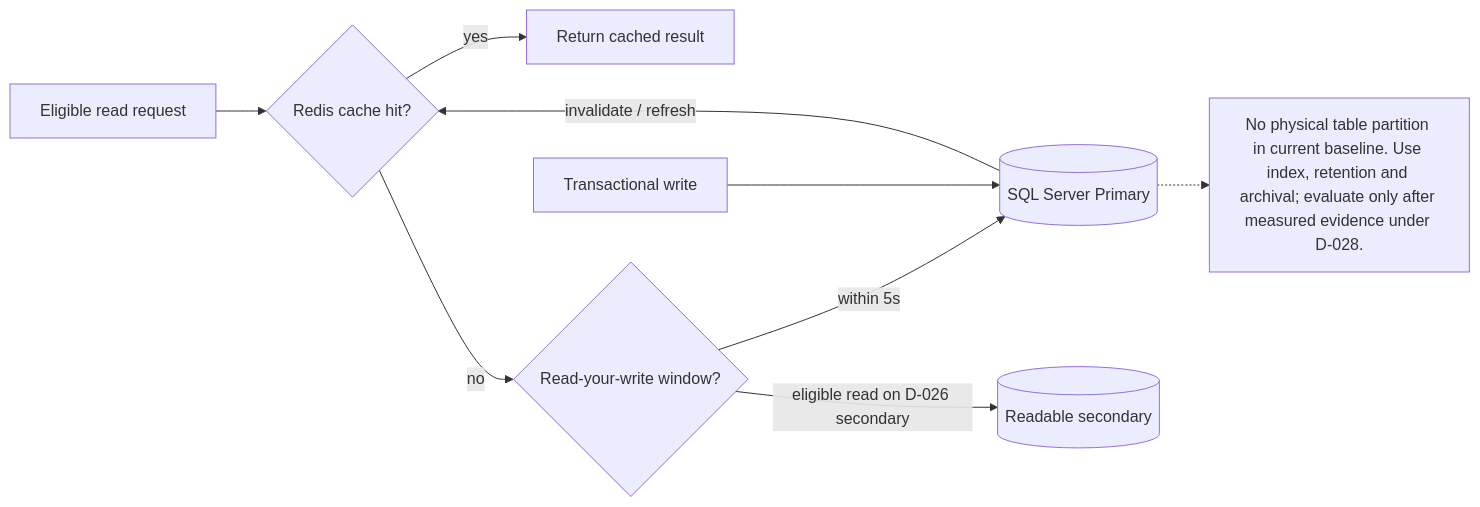
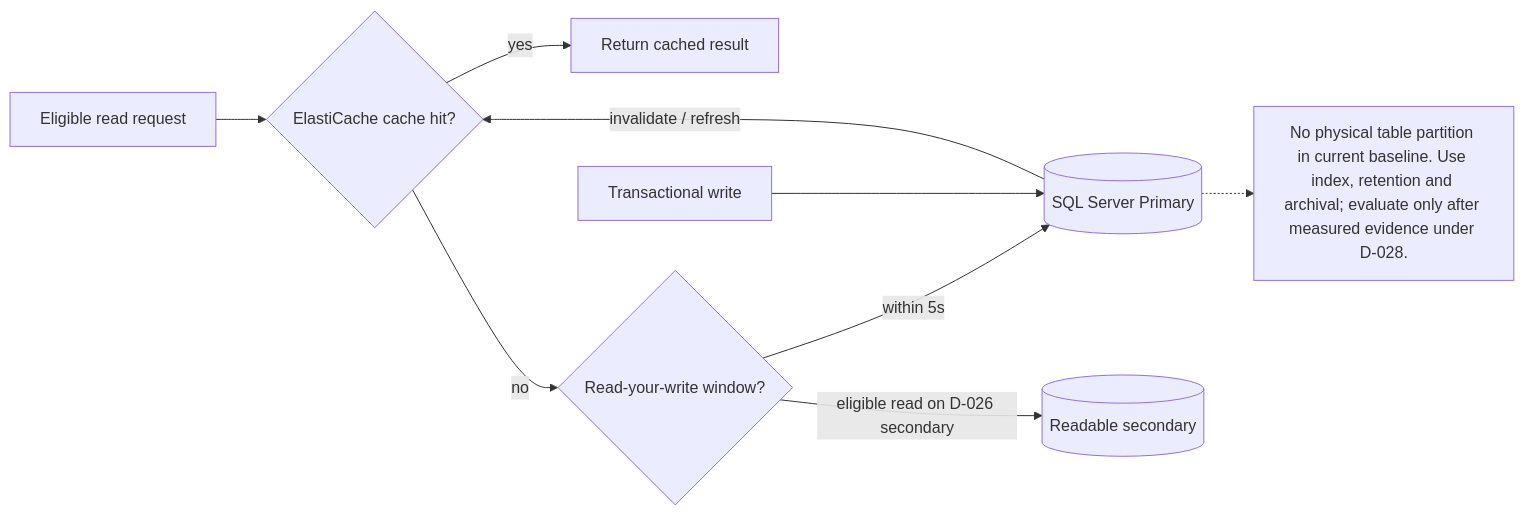
One commit to toanteng11/concert-ticketing-docs changed the first of 2 diagrams in business-analysis/05_Non_Functional_Requirements_(NFR)/05_Database_Optimization_And_System_Security.md. Above: the diagram before and after it, drawn with Mermaid. The commit also changed other lines of this file and 43 other files, not shown here.

````diff
--- a/business-analysis/05_Non_Functional_Requirements_(NFR)/05_Database_Optimization_And_System_Security.md
+++ b/business-analysis/05_Non_Functional_Requirements_(NFR)/05_Database_Optimization_And_System_Security.md
@@ -177,12 +177,12 @@
 ```mermaid
 flowchart LR
-  read["Eligible read request"] --> cache{"Redis cache hit?"}
+  read["Eligible read request"] --> cache{"ElastiCache cache hit?"}
   cache -->|yes| response["Return cached result"]
   cache -->|no| route{"Read-your-write window?"}
   route -->|within 5s| primary[("SQL Server Primary")]
   route -->|eligible read on D-026 secondary| secondary[("Readable secondary")]
   write["Transactional write"] --> primary
   primary -->|invalidate / refresh| cache
   note["No physical table partition in current baseline. Use index, retention and archival; evaluate only after measured evidence under D-028."]
   primary -.-> note
 ```
````
